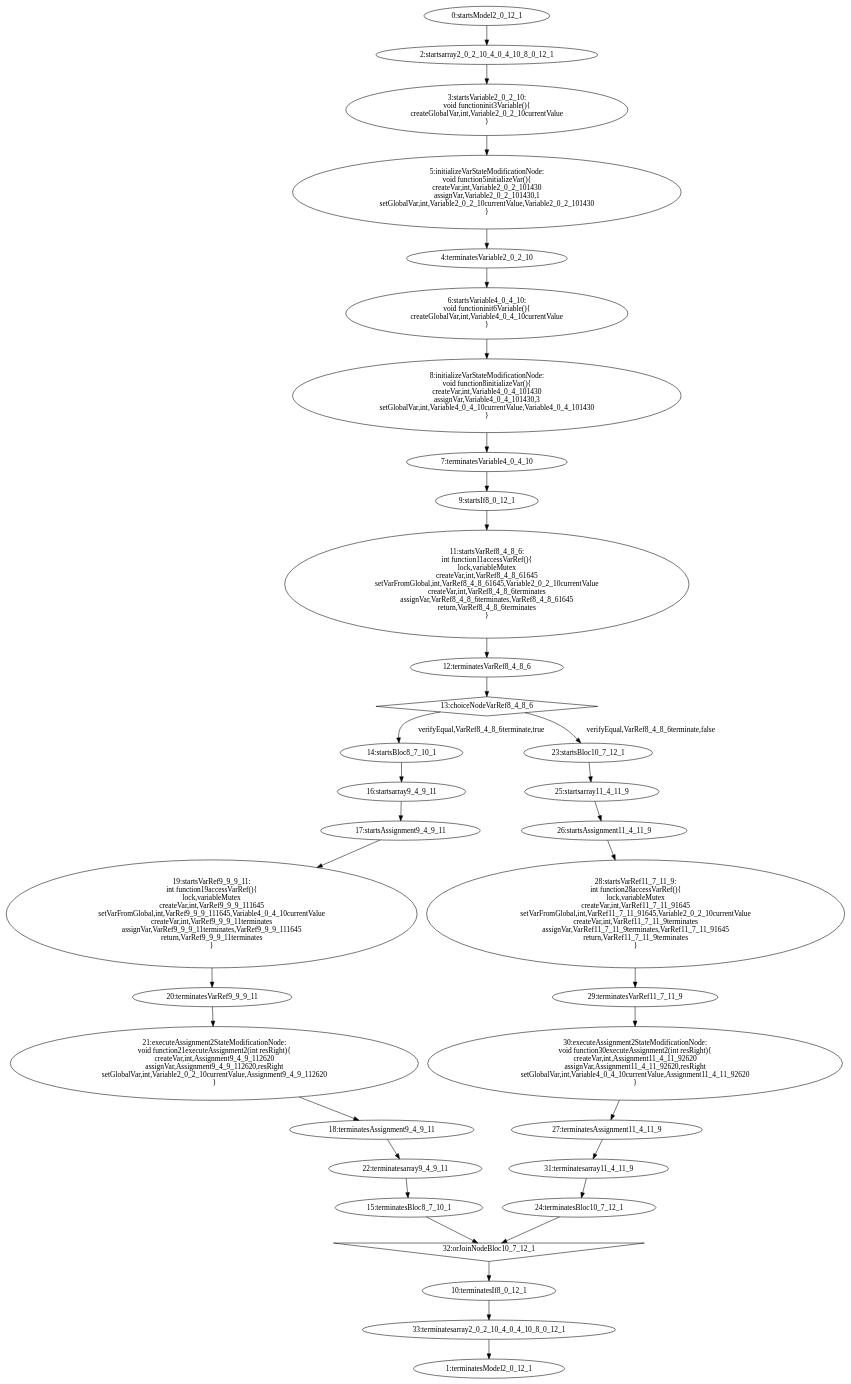
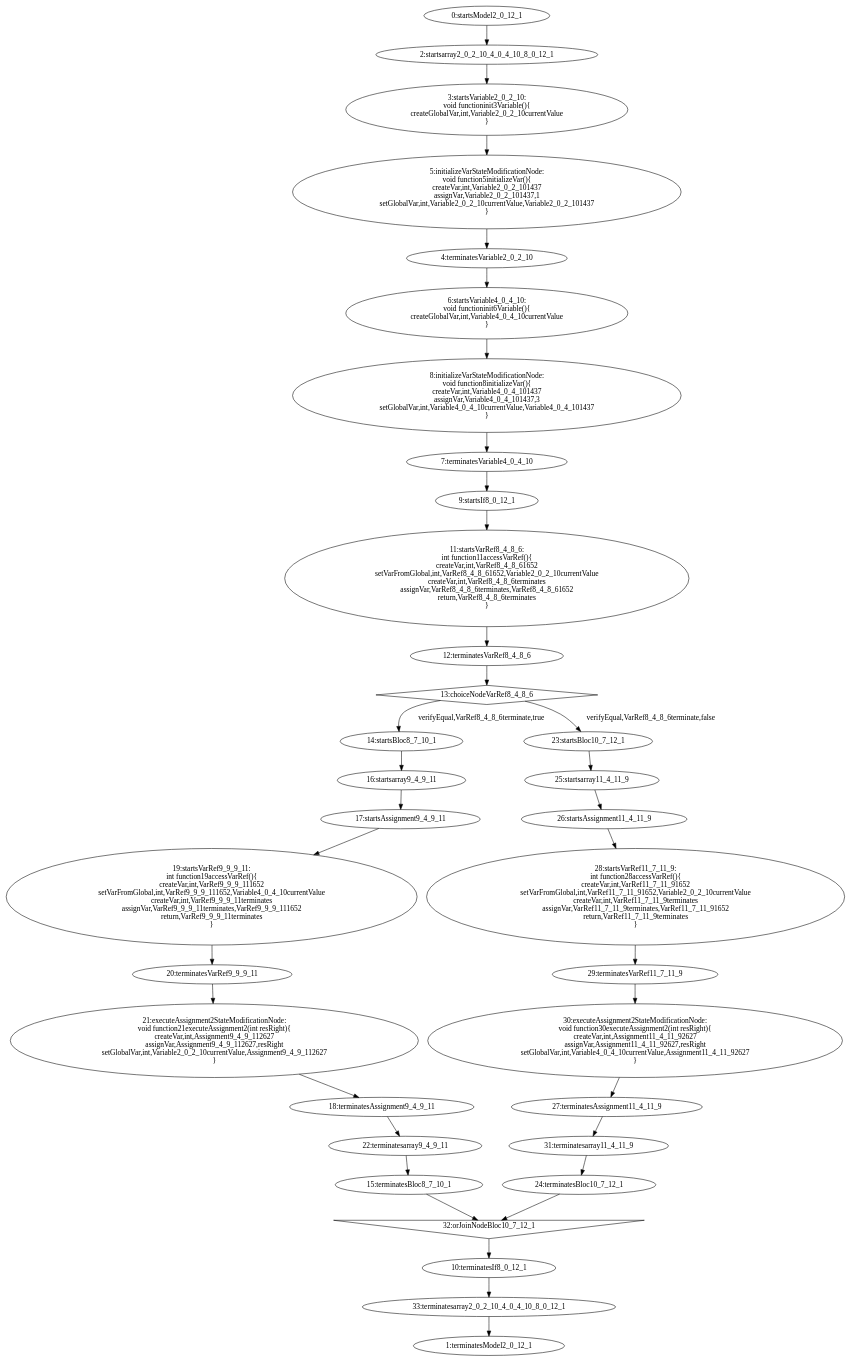
Before and after one commit to jdeantoni/TCOS.lang: the diagram in temp/generated/basictestplus.dot, drawn with Graphviz. The commit also changed 10 other files, not shown here.

```diff
--- a/temp/generated/basictestplus.dot
+++ b/temp/generated/basictestplus.dot
@@ -1,120 +1,117 @@
 digraph G {
   "0" [label="0:startsModel2_0_12_1" shape="ellipse" ];
   "1" [label="1:terminatesModel2_0_12_1" shape="ellipse" ];
   "2" [label="2:startsarray2_0_2_10_4_0_4_10_8_0_12_1" shape="ellipse" ];
   "3" [label="3:startsVariable2_0_2_10:
 void functioninit3Variable(){
 createGlobalVar,int,Variable2_0_2_10currentValue
 }" shape="ellipse" ];
   "4" [label="4:terminatesVariable2_0_2_10" shape="ellipse" ];
   "5" [label="5:initializeVarStateModificationNode:
 void function5initializeVar(){
-createVar,int,Variable2_0_2_101430
-assignVar,Variable2_0_2_101430,1
-setGlobalVar,int,Variable2_0_2_10currentValue,Variable2_0_2_101430
+createVar,int,Variable2_0_2_101437
+assignVar,Variable2_0_2_101437,1
+setGlobalVar,int,Variable2_0_2_10currentValue,Variable2_0_2_101437
 }" shape="ellipse" ];
   "6" [label="6:startsVariable4_0_4_10:
 void functioninit6Variable(){
 createGlobalVar,int,Variable4_0_4_10currentValue
 }" shape="ellipse" ];
   "7" [label="7:terminatesVariable4_0_4_10" shape="ellipse" ];
   "8" [label="8:initializeVarStateModificationNode:
 void function8initializeVar(){
-createVar,int,Variable4_0_4_101430
-assignVar,Variable4_0_4_101430,3
-setGlobalVar,int,Variable4_0_4_10currentValue,Variable4_0_4_101430
+createVar,int,Variable4_0_4_101437
+assignVar,Variable4_0_4_101437,3
+setGlobalVar,int,Variable4_0_4_10currentValue,Variable4_0_4_101437
 }" shape="ellipse" ];
   "9" [label="9:startsIf8_0_12_1" shape="ellipse" ];
   "10" [label="10:terminatesIf8_0_12_1" shape="ellipse" ];
   "11" [label="11:startsVarRef8_4_8_6:
 int function11accessVarRef(){
-lock,variableMutex
-createVar,int,VarRef8_4_8_61645
-setVarFromGlobal,int,VarRef8_4_8_61645,Variable2_0_2_10currentValue
+createVar,int,VarRef8_4_8_61652
+setVarFromGlobal,int,VarRef8_4_8_61652,Variable2_0_2_10currentValue
 createVar,int,VarRef8_4_8_6terminates
-assignVar,VarRef8_4_8_6terminates,VarRef8_4_8_61645
+assignVar,VarRef8_4_8_6terminates,VarRef8_4_8_61652
 return,VarRef8_4_8_6terminates
 }" shape="ellipse" ];
   "12" [label="12:terminatesVarRef8_4_8_6" shape="ellipse" ];
   "13" [label="13:choiceNodeVarRef8_4_8_6" shape="diamond" ];
   "14" [label="14:startsBloc8_7_10_1" shape="ellipse" ];
   "15" [label="15:terminatesBloc8_7_10_1" shape="ellipse" ];
   "16" [label="16:startsarray9_4_9_11" shape="ellipse" ];
   "17" [label="17:startsAssignment9_4_9_11" shape="ellipse" ];
   "18" [label="18:terminatesAssignment9_4_9_11" shape="ellipse" ];
   "19" [label="19:startsVarRef9_9_9_11:
 int function19accessVarRef(){
-lock,variableMutex
-createVar,int,VarRef9_9_9_111645
-setVarFromGlobal,int,VarRef9_9_9_111645,Variable4_0_4_10currentValue
+createVar,int,VarRef9_9_9_111652
+setVarFromGlobal,int,VarRef9_9_9_111652,Variable4_0_4_10currentValue
 createVar,int,VarRef9_9_9_11terminates
-assignVar,VarRef9_9_9_11terminates,VarRef9_9_9_111645
+assignVar,VarRef9_9_9_11terminates,VarRef9_9_9_111652
 return,VarRef9_9_9_11terminates
 }" shape="ellipse" ];
   "20" [label="20:terminatesVarRef9_9_9_11" shape="ellipse" ];
   "21" [label="21:executeAssignment2StateModificationNode:
 void function21executeAssignment2(int resRight){
-createVar,int,Assignment9_4_9_112620
-assignVar,Assignment9_4_9_112620,resRight
-setGlobalVar,int,Variable2_0_2_10currentValue,Assignment9_4_9_112620
+createVar,int,Assignment9_4_9_112627
+assignVar,Assignment9_4_9_112627,resRight
+setGlobalVar,int,Variable2_0_2_10currentValue,Assignment9_4_9_112627
 }" shape="ellipse" ];
   "22" [label="22:terminatesarray9_4_9_11" shape="ellipse" ];
   "23" [label="23:startsBloc10_7_12_1" shape="ellipse" ];
   "24" [label="24:terminatesBloc10_7_12_1" shape="ellipse" ];
   "25" [label="25:startsarray11_4_11_9" shape="ellipse" ];
   "26" [label="26:startsAssignment11_4_11_9" shape="ellipse" ];
   "27" [label="27:terminatesAssignment11_4_11_9" shape="ellipse" ];
   "28" [label="28:startsVarRef11_7_11_9:
 int function28accessVarRef(){
-lock,variableMutex
-createVar,int,VarRef11_7_11_91645
-setVarFromGlobal,int,VarRef11_7_11_91645,Variable2_0_2_10currentValue
+createVar,int,VarRef11_7_11_91652
+setVarFromGlobal,int,VarRef11_7_11_91652,Variable2_0_2_10currentValue
 createVar,int,VarRef11_7_11_9terminates
-assignVar,VarRef11_7_11_9terminates,VarRef11_7_11_91645
+assignVar,VarRef11_7_11_9terminates,VarRef11_7_11_91652
 return,VarRef11_7_11_9terminates
 }" shape="ellipse" ];
   "29" [label="29:terminatesVarRef11_7_11_9" shape="ellipse" ];
   "30" [label="30:executeAssignment2StateModificationNode:
 void function30executeAssignment2(int resRight){
-createVar,int,Assignment11_4_11_92620
-assignVar,Assignment11_4_11_92620,resRight
-setGlobalVar,int,Variable4_0_4_10currentValue,Assignment11_4_11_92620
+createVar,int,Assignment11_4_11_92627
+assignVar,Assignment11_4_11_92627,resRight
+setGlobalVar,int,Variable4_0_4_10currentValue,Assignment11_4_11_92627
 }" shape="ellipse" ];
   "31" [label="31:terminatesarray11_4_11_9" shape="ellipse" ];
   "32" [label="32:orJoinNodeBloc10_7_12_1" shape="invtriangle" ];
   "33" [label="33:terminatesarray2_0_2_10_4_0_4_10_8_0_12_1" shape="ellipse" ];
   "0" -> "2" [label=""];
   "3" -> "5" [label=""];
   "5" -> "4" [label=""];
   "2" -> "3" [label=""];
   "6" -> "8" [label=""];
   "8" -> "7" [label=""];
   "4" -> "6" [label=""];
   "11" -> "12" [label=""];
   "9" -> "11" [label=""];
   "12" -> "13" [label=""];
   "14" -> "16" [label=""];
   "19" -> "20" [label=""];
   "17" -> "19" [label=""];
   "20" -> "21" [label=""];
   "21" -> "18" [label=""];
   "16" -> "17" [label=""];
   "18" -> "22" [label=""];
   "22" -> "15" [label=""];
   "13" -> "14" [label="verifyEqual,VarRef8_4_8_6terminate,true"];
   "23" -> "25" [label=""];
   "28" -> "29" [label=""];
   "26" -> "28" [label=""];
   "29" -> "30" [label=""];
   "30" -> "27" [label=""];
   "25" -> "26" [label=""];
   "27" -> "31" [label=""];
   "31" -> "24" [label=""];
   "13" -> "23" [label="verifyEqual,VarRef8_4_8_6terminate,false"];
   "24" -> "32" [label=""];
   "15" -> "32" [label=""];
   "32" -> "10" [label=""];
   "7" -> "9" [label=""];
   "10" -> "33" [label=""];
   "33" -> "1" [label=""];
 }
```
